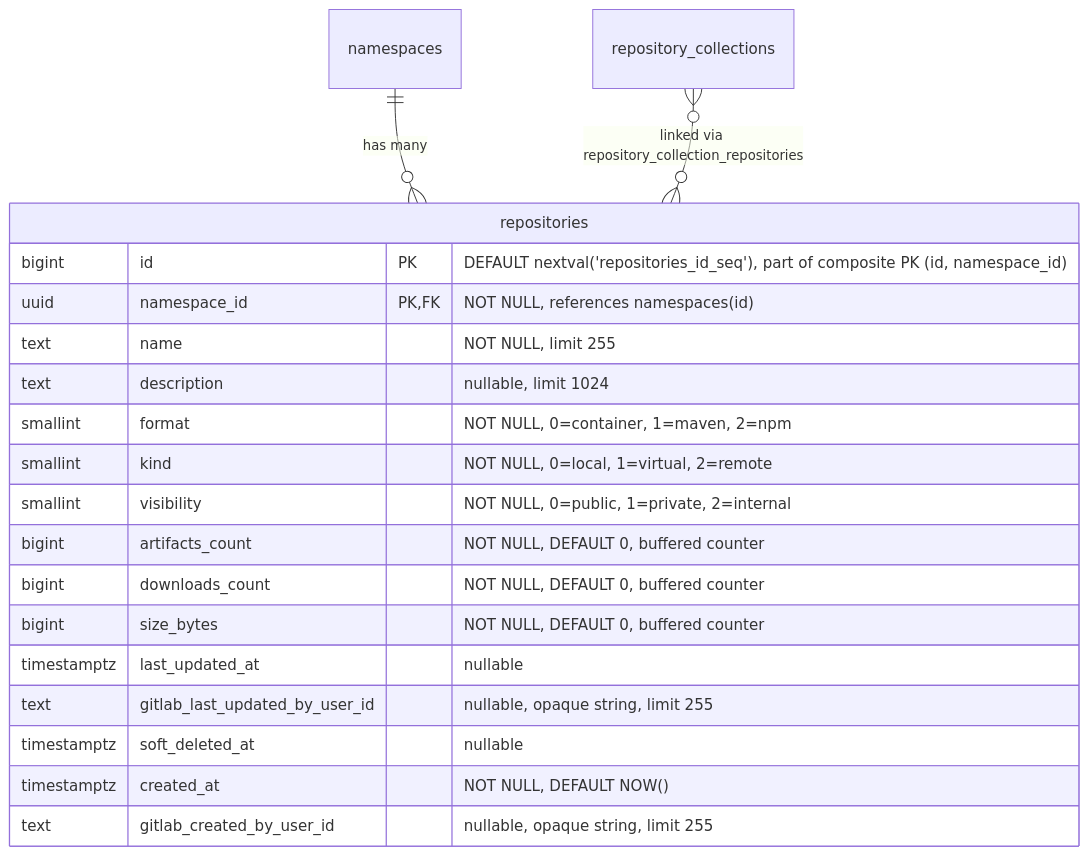
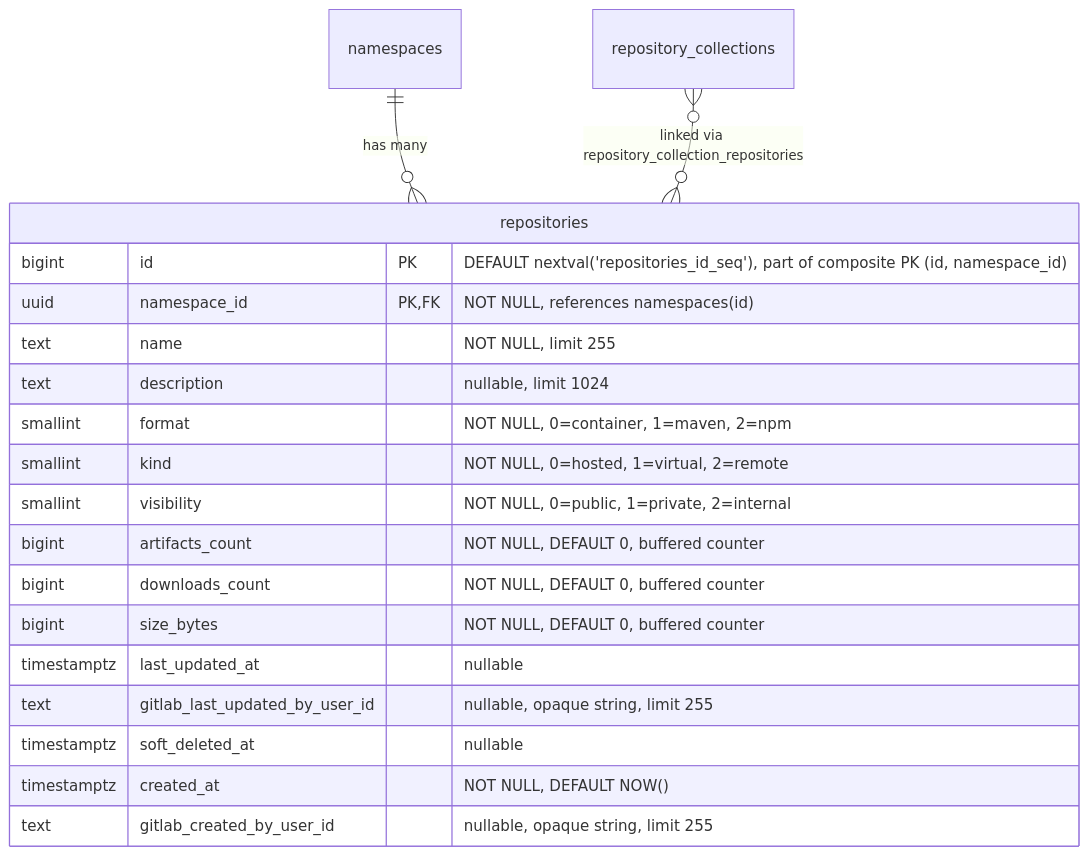
The third of 19 diagrams in content/handbook/engineering/architecture/design-documents/artifact_registry/decisions/007_database_schema.md (kyama0/gitlab-handbook-ja), drawn with Mermaid before and after one commit. The commit also changed other lines of this file and 67 other files, not shown here.

````diff
--- a/content/handbook/engineering/architecture/design-documents/artifact_registry/decisions/007_database_schema.md
+++ b/content/handbook/engineering/architecture/design-documents/artifact_registry/decisions/007_database_schema.md
@@ -139,23 +139,23 @@
 ```mermaid
 erDiagram
     namespaces ||--o{ repositories : "has many"
     repository_collections }o--o{ repositories : "linked via repository_collection_repositories"
 
     repositories {
         bigint id PK "DEFAULT nextval('repositories_id_seq'), part of composite PK (id, namespace_id)"
         uuid namespace_id PK,FK "NOT NULL, references namespaces(id)"
         text name "NOT NULL, limit 255"
         text description "nullable, limit 1024"
         smallint format "NOT NULL, 0=container, 1=maven, 2=npm"
-        smallint kind "NOT NULL, 0=local, 1=virtual, 2=remote"
+        smallint kind "NOT NULL, 0=hosted, 1=virtual, 2=remote"
         smallint visibility "NOT NULL, 0=public, 1=private, 2=internal"
         bigint artifacts_count "NOT NULL, DEFAULT 0, buffered counter"
         bigint downloads_count "NOT NULL, DEFAULT 0, buffered counter"
         bigint size_bytes "NOT NULL, DEFAULT 0, buffered counter"
         timestamptz last_updated_at "nullable"
         text gitlab_last_updated_by_user_id "nullable, opaque string, limit 255"
         timestamptz soft_deleted_at "nullable"
         timestamptz created_at "NOT NULL, DEFAULT NOW()"
         text gitlab_created_by_user_id "nullable, opaque string, limit 255"
     }
 ```
````
